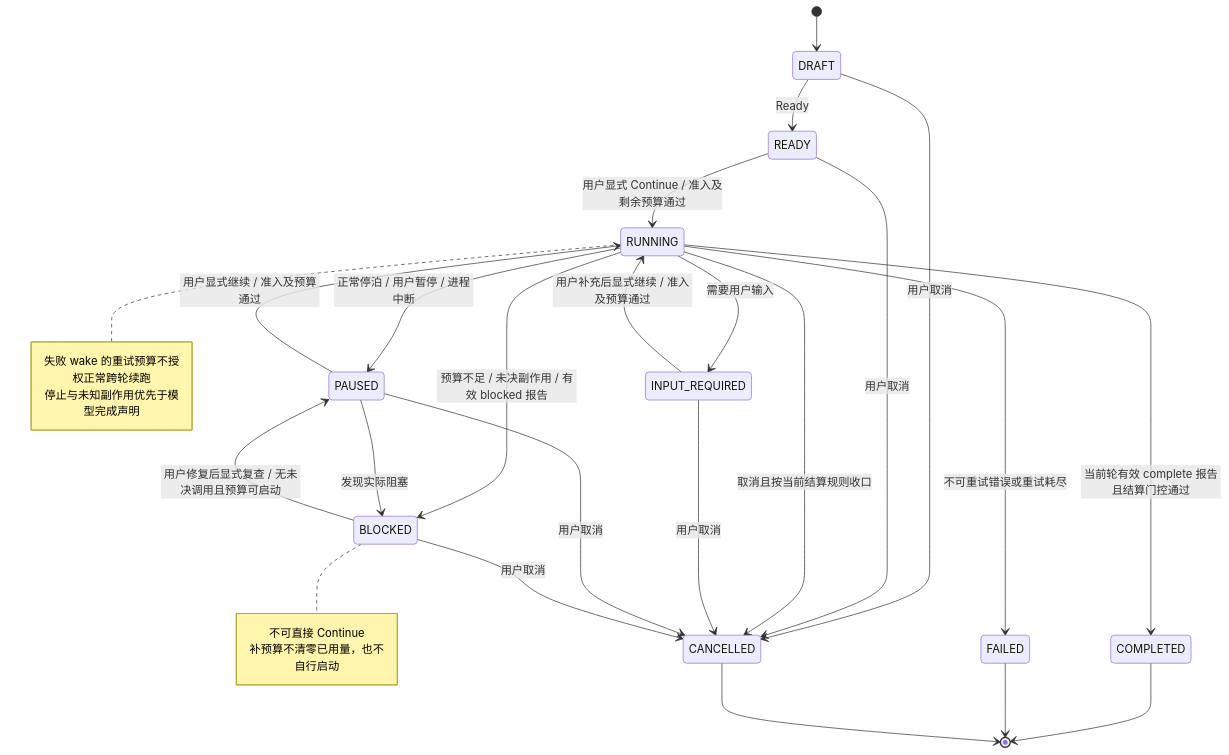
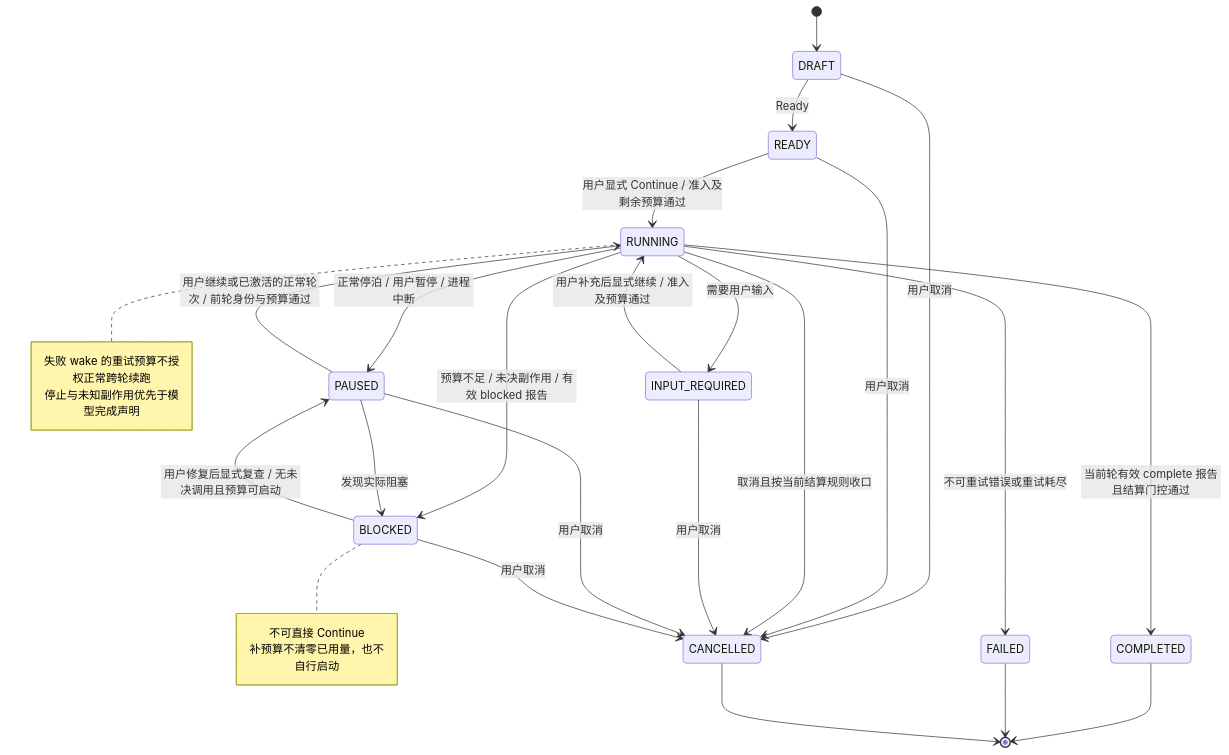
Before and after one commit to dollarser/helix-agent: the sixth of 15 diagrams in docs/research/helix-mermaid-architecture-diagrams.md, drawn with Mermaid. The commit also changed other lines of this file and 69 other files, not shown here.

````diff
--- a/docs/research/helix-mermaid-architecture-diagrams.md
+++ b/docs/research/helix-mermaid-architecture-diagrams.md
@@ -225,32 +225,32 @@
 ```mermaid
 stateDiagram-v2
     [*] --> DRAFT
     DRAFT --> READY: Ready
     DRAFT --> CANCELLED: 用户取消
     READY --> RUNNING: 用户显式 Continue / 准入及剩余预算通过
     READY --> CANCELLED: 用户取消
     RUNNING --> INPUT_REQUIRED: 需要用户输入
     RUNNING --> PAUSED: 正常停泊 / 用户暂停 / 进程中断
     RUNNING --> BLOCKED: 预算不足 / 未决副作用 / 有效 blocked 报告
     RUNNING --> COMPLETED: 当前轮有效 complete 报告且结算门控通过
     RUNNING --> FAILED: 不可重试错误或重试耗尽
     RUNNING --> CANCELLED: 取消且按当前结算规则收口
     INPUT_REQUIRED --> RUNNING: 用户补充后显式继续 / 准入及预算通过
     INPUT_REQUIRED --> CANCELLED: 用户取消
-    PAUSED --> RUNNING: 用户显式继续 / 准入及预算通过
+    PAUSED --> RUNNING: 用户继续或已激活的正常轮次 / 前轮身份与预算通过
     PAUSED --> BLOCKED: 发现实际阻塞
     PAUSED --> CANCELLED: 用户取消
     BLOCKED --> PAUSED: 用户修复后显式复查 / 无未决调用且预算可启动
     BLOCKED --> CANCELLED: 用户取消
     COMPLETED --> [*]
     FAILED --> [*]
     CANCELLED --> [*]
     note right of RUNNING
         失败 wake 的重试预算不授权正常跨轮续跑
         停止与未知副作用优先于模型完成声明
     end note
     note right of BLOCKED
         不可直接 Continue
         补预算不清零已用量，也不自行启动
     end note
 ```
````
